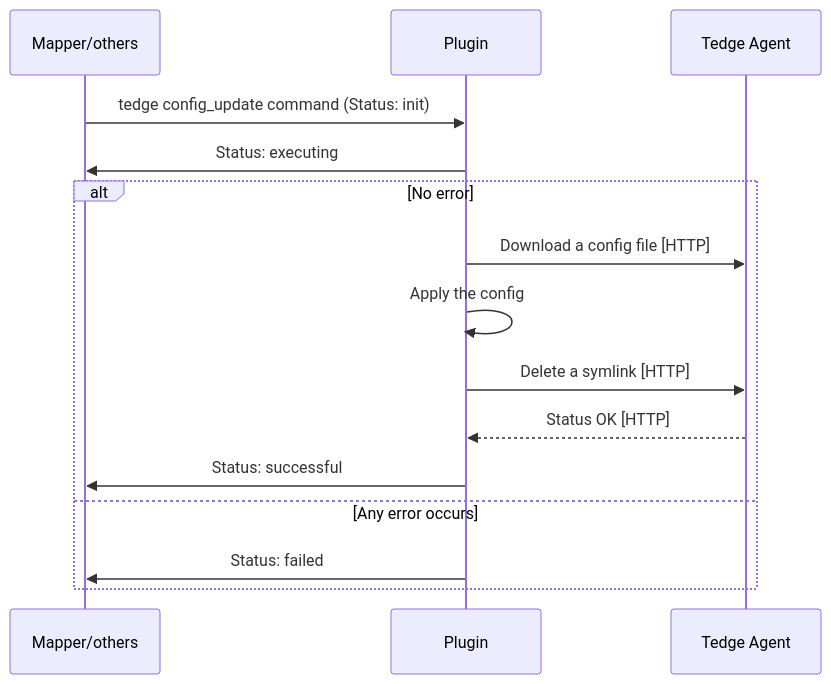
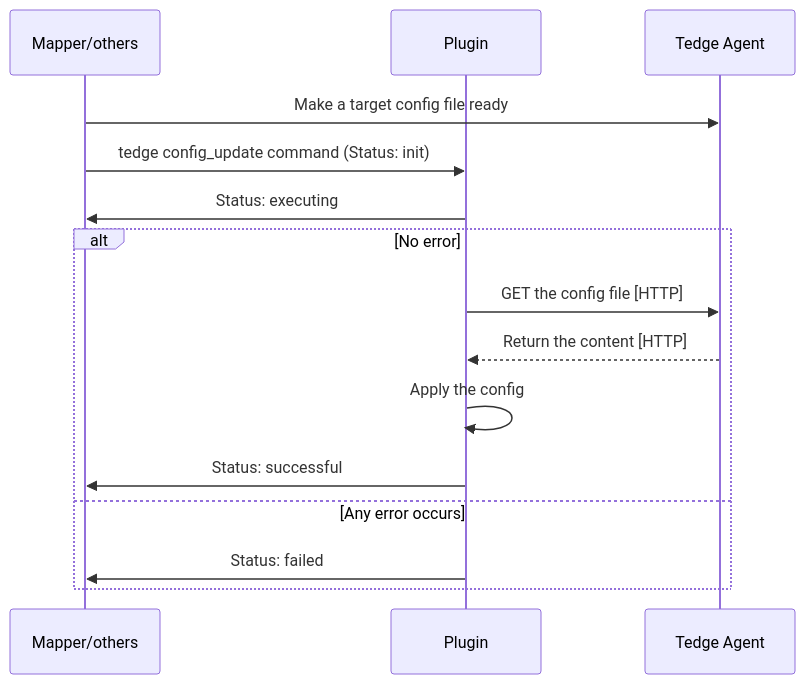
Before and after one commit to thin-edge/thin-edge.io: the second of 2 diagrams in docs/src/references/tedge-configuration-management.md, drawn with Mermaid. The commit also changed other lines of this file, not shown here.

````diff
--- a/docs/src/references/tedge-configuration-management.md
+++ b/docs/src/references/tedge-configuration-management.md
@@ -268,18 +270,18 @@
 ```mermaid
 sequenceDiagram
   participant Mapper/others
   participant Plugin
   participant Tedge Agent
 
+  Mapper/others->>Tedge Agent: Make a target config file ready
   Mapper/others->>Plugin: tedge config_update command (Status: init)
   Plugin->>Mapper/others: Status: executing
   alt No error
-  Plugin->>Tedge Agent: Download a config file [HTTP]
+    Plugin->>Tedge Agent: GET the config file [HTTP]
+    Tedge Agent-->>Plugin: Return the content [HTTP]
     Plugin->>Plugin: Apply the config
-    Plugin->>Tedge Agent: Delete a symlink [HTTP]
-    Tedge Agent-->>Plugin: Status OK [HTTP]
     Plugin->>Mapper/others: Status: successful
   else Any error occurs
     Plugin->>Mapper/others: Status: failed
   end
 ```
````
